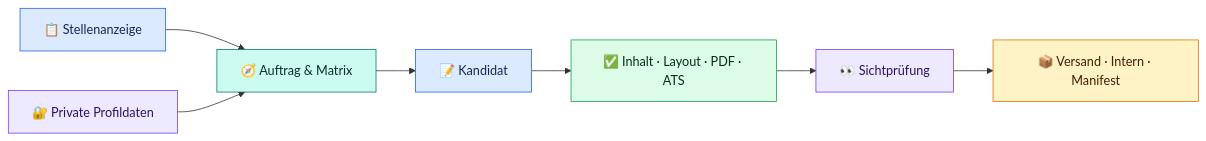
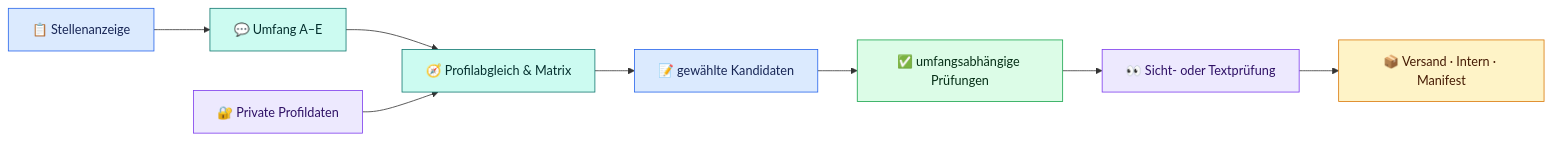
One commit to Web-Developer-DB/apply-foundry changed the diagram in README.md. Above: the diagram before and after it, drawn with Mermaid. The commit also changed other lines of this file and 28 other files, not shown here.

````diff
--- a/README.md
+++ b/README.md
@@ -62,22 +61,23 @@
 ```mermaid
 flowchart LR
-    A["📋 Stellenanzeige"] --> C["🧭 Auftrag & Matrix"]
-    B["🔐 Private Profildaten"] --> C
-    C --> D["📝 Kandidat"]
-    D --> E["✅ Inhalt · Layout · PDF · ATS"]
-    E --> F["👀 Sichtprüfung"]
-    F --> G["📦 Versand · Intern · Manifest"]
+    A["📋 Stellenanzeige"] --> C["💬 Umfang A–E"]
+    C --> D["🧭 Profilabgleich & Matrix"]
+    B["🔐 Private Profildaten"] --> D
+    D --> E["📝 gewählte Kandidaten"]
+    E --> F["✅ umfangsabhängige Prüfungen"]
+    F --> G["👀 Sicht- oder Textprüfung"]
+    G --> H["📦 Versand · Intern · Manifest"]
 
     classDef input fill:#dbeafe,stroke:#2563eb,color:#172554
     classDef private fill:#ede9fe,stroke:#7c3aed,color:#2e1065
     classDef agent fill:#ccfbf1,stroke:#0f766e,color:#042f2e
     classDef check fill:#dcfce7,stroke:#16a34a,color:#052e16
     classDef output fill:#fef3c7,stroke:#d97706,color:#451a03
     class A input
     class B private
-    class C agent
-    class D input
-    class E check
-    class F private
-    class G output
+    class C,D agent
+    class E input
+    class F check
+    class G private
+    class H output
 ```
````
